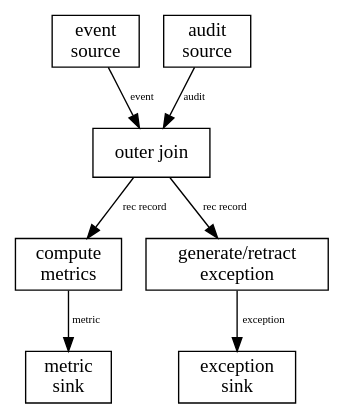
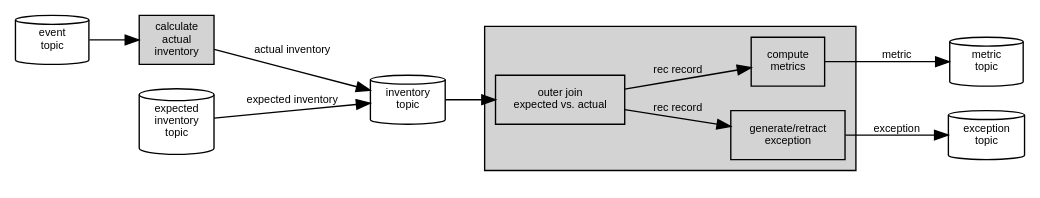
Before and after one commit to loosechippings/flink-recon: the diagram in docs/design.dot, drawn with Graphviz. The commit also changed 1 other file, not shown here.

Commit message:
update diagram

```diff
--- a/docs/design.dot
+++ b/docs/design.dot
@@ -1,16 +1,26 @@
 digraph {
-    node [shape = "box"]
-    esource [label = "event\nsource"]
-    asource [label = "audit\nsource"]
-    outj [label = "outer join"]
-    metrics [label = "compute\nmetrics"]
-    exception [label = "generate/retract\nexception"]
-    msink [label = "metric\nsink"]
-    esink [label = "exception\nsink"]
-    esource -> outj [label = "event", fontsize="8pt"]
-    asource -> outj [label = "audit", fontsize="8pt"]
-    outj -> metrics [label = "rec record", fontsize="8pt"]
-    outj -> exception [label = "rec record", fontsize="8pt"]
-    metrics -> msink [label = "metric", fontsize="8pt"]
-    exception -> esink [label = "exception", fontsize="8pt"]
+    rankdir="LR"
+    node [shape = "box", fontsize="8pt", fontname="Helvetica"]
+    edge [fontsize="8pt", fontname="Helvetica"]
+    etopic [label = "event\ntopic", shape="cylinder"]
+    inventorytopic [label = "inventory\ntopic", shape="cylinder"]
+    calcactuals [label = "calculate\nactual\ninventory", style=filled]
+    isource [label = "expected\ninventory\ntopic", shape="cylinder"]
+    msink [label = "metric\ntopic", shape="cylinder"]
+    esink [label = "exception\ntopic", shape="cylinder"]
+    subgraph cluster_recjob {
+        style=filled
+        edge [fontsize="8pt", fontname="Helvetica"]
+        outj [label = "outer join\nexpected vs. actual"]
+        metrics [label = "compute\nmetrics"]
+        exception [label = "generate/retract\nexception"]
+        outj -> metrics [label = "rec record"]
+        outj -> exception [label = "rec record"]
+    }
+    etopic -> calcactuals
+    calcactuals -> inventorytopic [label = "actual inventory"]
+    isource -> inventorytopic [label = "expected inventory"]
+    inventorytopic -> outj
+    metrics -> msink [label = "metric"]
+    exception -> esink [label = "exception"]
 }
```
